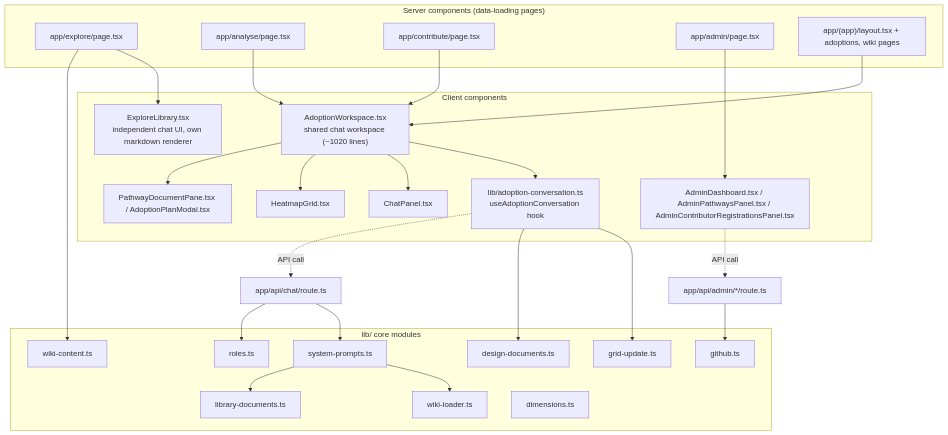
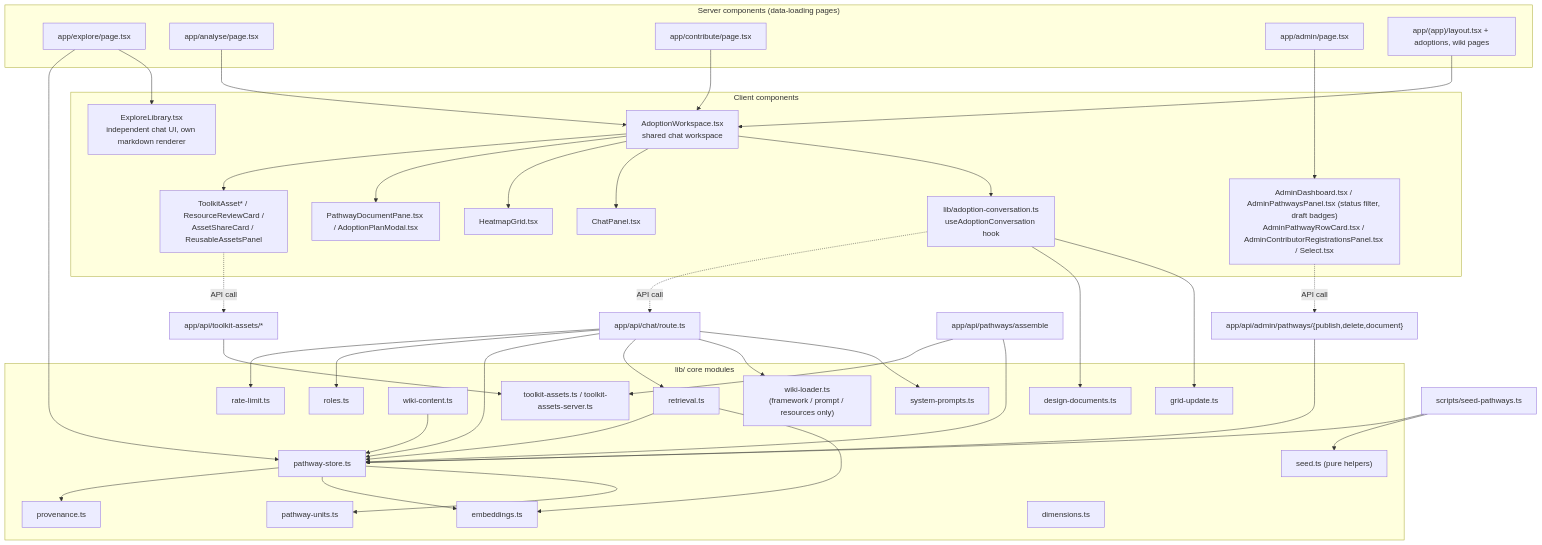
Before and after one commit to SwanandAI/diffusion-cube: the second of 3 diagrams in docs/wiki/diffusion-cube/architecture/component-diagram.md, drawn with Mermaid. The commit also changed other lines of this file and 64 other files, not shown here.

````diff
--- a/docs/wiki/diffusion-cube/architecture/component-diagram.md
+++ b/docs/wiki/diffusion-cube/architecture/component-diagram.md
@@ -70,54 +100,75 @@
 ```mermaid
 flowchart TB
     subgraph Pages["Server components (data-loading pages)"]
         P1["app/explore/page.tsx"]
         P2["app/analyse/page.tsx"]
         P3["app/contribute/page.tsx"]
         P4["app/admin/page.tsx"]
         P5["app/(app)/layout.tsx + adoptions, wiki pages"]
     end
 
     subgraph ClientComponents["Client components"]
-        WORK["AdoptionWorkspace.tsx<br/>shared chat workspace (~1020 lines)"]
+        WORK["AdoptionWorkspace.tsx<br/>shared chat workspace"]
         HOOK["lib/adoption-conversation.ts<br/>useAdoptionConversation hook"]
         CHATP["ChatPanel.tsx"]
         GRID["HeatmapGrid.tsx"]
         DOC["PathwayDocumentPane.tsx / AdoptionPlanModal.tsx"]
+        TAUI["ToolkitAsset* / ResourceReviewCard /<br/>AssetShareCard / ReusableAssetsPanel"]
         LIBUI["ExploreLibrary.tsx<br/>independent chat UI, own markdown renderer"]
-        ADMINUI["AdminDashboard.tsx / AdminPathwaysPanel.tsx / AdminContributorRegistrationsPanel.tsx"]
+        ADMINUI["AdminDashboard.tsx / AdminPathwaysPanel.tsx (status filter, draft badges)<br/>AdminPathwayRowCard.tsx / AdminContributorRegistrationsPanel.tsx / Select.tsx"]
     end
 
     subgraph LibCore["lib/ core modules"]
         SP["system-prompts.ts"]
-        WL["wiki-loader.ts"]
-        LWL["library-documents.ts"]
+        RT["retrieval.ts"]
+        EM["embeddings.ts"]
+        PST["pathway-store.ts"]
+        PU["pathway-units.ts"]
+        PROV["provenance.ts"]
+        WL["wiki-loader.ts<br/>(framework / prompt / resources only)"]
         WC["wiki-content.ts"]
         DIM["dimensions.ts"]
         GU["grid-update.ts"]
-        ROLES["roles.ts"]
-        GH2["github.ts"]
+        ROLESL["roles.ts"]
+        RL["rate-limit.ts"]
         DD["design-documents.ts"]
+        TA["toolkit-assets.ts / toolkit-assets-server.ts"]
+        SEEDL["seed.ts (pure helpers)"]
     end
 
     P2 --> WORK
     P3 --> WORK
     P5 --> WORK
     WORK --> HOOK
     WORK --> CHATP
     WORK --> GRID
     WORK --> DOC
+    WORK --> TAUI
     HOOK --> GU
     HOOK --> DD
     P1 --> LIBUI
-
+    P1 --> PST
     P4 --> ADMINUI
 
     HOOK -.API call.-> CHATAPI["app/api/chat/route.ts"]
     CHATAPI --> SP
-    SP --> WL
-    SP --> LWL
-    CHATAPI --> ROLES
-    ADMINUI -.API call.-> ADMINAPI["app/api/admin/*/route.ts"]
-    ADMINAPI --> GH2
-    P1 --> WC
+    CHATAPI --> WL
+    CHATAPI --> RT
+    CHATAPI --> PST
+    CHATAPI --> ROLESL
+    CHATAPI --> RL
+    RT --> EM
+    RT --> PST
+    PST --> PU
+    PST --> EM
+    PST --> PROV
+    WC --> PST
+    TAUI -.API call.-> TAAPI["app/api/toolkit-assets/*"]
+    TAAPI --> TA
+    ADMINUI -.API call.-> ADMINAPI["app/api/admin/pathways/{publish,delete,document}"]
+    ADMINAPI --> PST
+    ASSEMBLE["app/api/pathways/assemble"] --> PST
+    ASSEMBLE --> TA
+    SEEDS["scripts/seed-pathways.ts"] --> SEEDL
+    SEEDS --> PST
 ```
````
